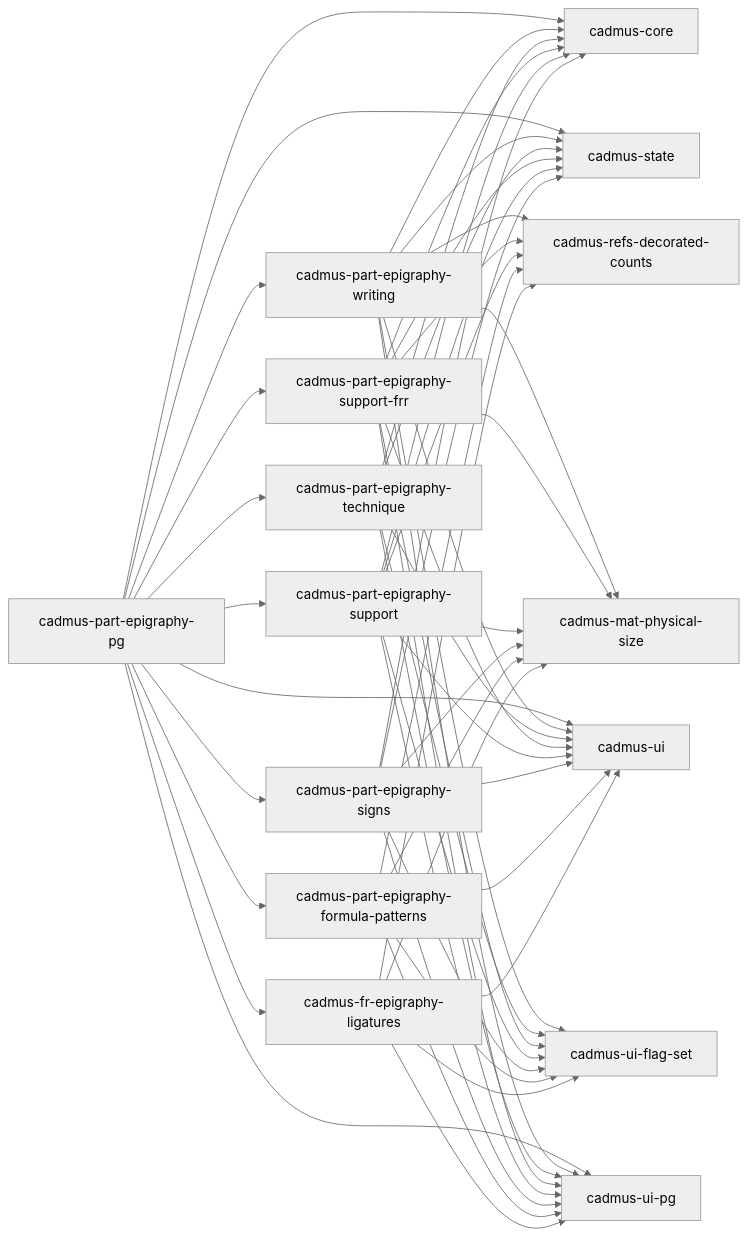
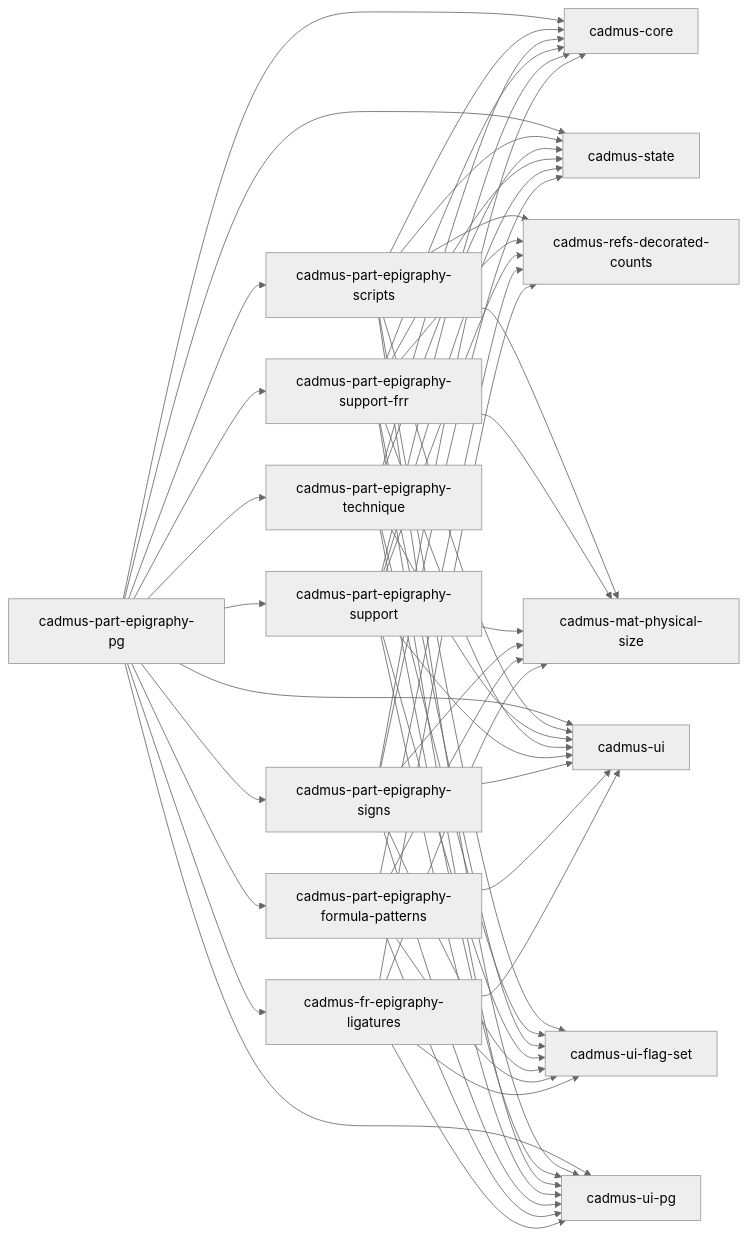
One commit to vedph/cadmus-epigraphy-shell changed the diagram in README.md. Above: the diagram before and after it, drawn with Mermaid (neutral theme). The commit also changed other lines of this file and 33 other files, not shown here.

Commit message:
Epi scripts part

````diff
--- a/README.md
+++ b/README.md
@@ -20,56 +20,56 @@
 ```mermaid
 graph LR;
   cadmus-fr-epigraphy-ligatures --> cadmus-mat-physical-size
   cadmus-fr-epigraphy-ligatures --> cadmus-refs-decorated-counts
   cadmus-fr-epigraphy-ligatures --> cadmus-ui-flag-set
   cadmus-fr-epigraphy-ligatures --> cadmus-ui
   cadmus-fr-epigraphy-ligatures --> cadmus-ui-pg
   cadmus-part-epigraphy-formula-patterns --> cadmus-mat-physical-size
   cadmus-part-epigraphy-formula-patterns --> cadmus-refs-decorated-counts
   cadmus-part-epigraphy-formula-patterns --> cadmus-ui-flag-set
   cadmus-part-epigraphy-formula-patterns --> cadmus-ui
   cadmus-part-epigraphy-formula-patterns --> cadmus-ui-pg
   cadmus-part-epigraphy-signs --> cadmus-mat-physical-size
   cadmus-part-epigraphy-signs --> cadmus-ui-flag-set
   cadmus-part-epigraphy-signs --> cadmus-core
   cadmus-part-epigraphy-signs --> cadmus-state
   cadmus-part-epigraphy-signs --> cadmus-ui
   cadmus-part-epigraphy-signs --> cadmus-ui-pg
   cadmus-part-epigraphy-support --> cadmus-refs-decorated-counts
   cadmus-part-epigraphy-support --> cadmus-ui-flag-set
   cadmus-part-epigraphy-support --> cadmus-mat-physical-size
   cadmus-part-epigraphy-support --> cadmus-core
   cadmus-part-epigraphy-support --> cadmus-state
   cadmus-part-epigraphy-support --> cadmus-ui
   cadmus-part-epigraphy-support --> cadmus-ui-pg
   cadmus-part-epigraphy-support-frr --> cadmus-refs-decorated-counts
   cadmus-part-epigraphy-support-frr --> cadmus-ui-flag-set
   cadmus-part-epigraphy-support-frr --> cadmus-mat-physical-size
   cadmus-part-epigraphy-support-frr --> cadmus-core
   cadmus-part-epigraphy-support-frr --> cadmus-state
   cadmus-part-epigraphy-support-frr --> cadmus-ui
   cadmus-part-epigraphy-support-frr --> cadmus-ui-pg
   cadmus-part-epigraphy-technique --> cadmus-ui-flag-set
   cadmus-part-epigraphy-technique --> cadmus-core
   cadmus-part-epigraphy-technique --> cadmus-state
   cadmus-part-epigraphy-technique --> cadmus-ui
   cadmus-part-epigraphy-technique --> cadmus-ui-pg
-  cadmus-part-epigraphy-writing --> cadmus-mat-physical-size
-  cadmus-part-epigraphy-writing --> cadmus-refs-decorated-counts
-  cadmus-part-epigraphy-writing --> cadmus-ui-flag-set
-  cadmus-part-epigraphy-writing --> cadmus-core
-  cadmus-part-epigraphy-writing --> cadmus-state
-  cadmus-part-epigraphy-writing --> cadmus-ui
-  cadmus-part-epigraphy-writing --> cadmus-ui-pg
+  cadmus-part-epigraphy-scripts --> cadmus-mat-physical-size
+  cadmus-part-epigraphy-scripts --> cadmus-refs-decorated-counts
+  cadmus-part-epigraphy-scripts --> cadmus-ui-flag-set
+  cadmus-part-epigraphy-scripts --> cadmus-core
+  cadmus-part-epigraphy-scripts --> cadmus-state
+  cadmus-part-epigraphy-scripts --> cadmus-ui
+  cadmus-part-epigraphy-scripts --> cadmus-ui-pg
   cadmus-part-epigraphy-pg --> cadmus-core
   cadmus-part-epigraphy-pg --> cadmus-state
   cadmus-part-epigraphy-pg --> cadmus-ui
   cadmus-part-epigraphy-pg --> cadmus-ui-pg
   cadmus-part-epigraphy-pg --> cadmus-part-epigraphy-support
   cadmus-part-epigraphy-pg --> cadmus-part-epigraphy-support-frr
-  cadmus-part-epigraphy-pg --> cadmus-part-epigraphy-writing
+  cadmus-part-epigraphy-pg --> cadmus-part-epigraphy-scripts
   cadmus-part-epigraphy-pg --> cadmus-part-epigraphy-technique
   cadmus-part-epigraphy-pg --> cadmus-part-epigraphy-signs
   cadmus-part-epigraphy-pg --> cadmus-fr-epigraphy-ligatures
   cadmus-part-epigraphy-pg --> cadmus-part-epigraphy-formula-patterns
 ```
````
